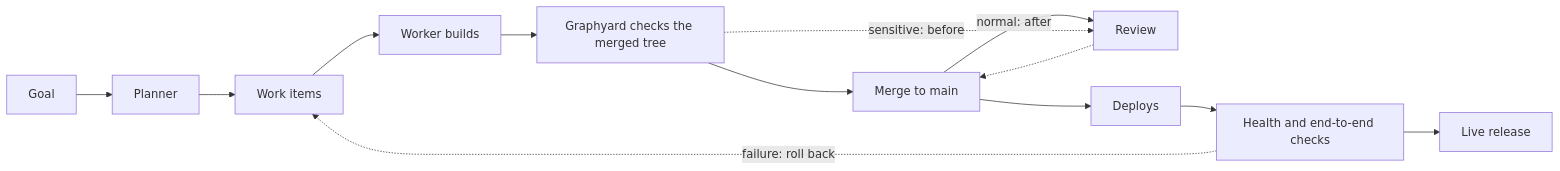
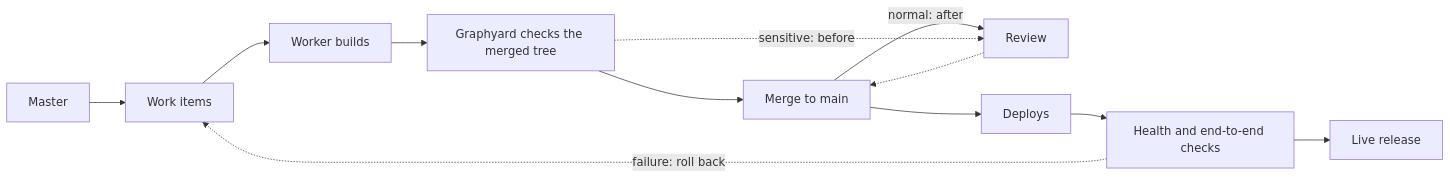
One commit to cryptob1/graphyard changed the diagram in README.md. Above: the diagram before and after it, drawn with Mermaid. The commit also changed other lines of this file and 188 other files, not shown here.

````diff
--- a/README.md
+++ b/README.md
@@ -32,8 +31,8 @@
 ```mermaid
 flowchart LR
-  A[Goal] --> B[Planner] --> C[Work items] --> D[Worker builds] --> E[Graphyard checks the merged tree]
+  B[Master] --> C[Work items] --> D[Worker builds] --> E[Graphyard checks the merged tree]
   E --> F[Merge to main] -->|normal: after| G[Review]
   E -.->|sensitive: before| G -.-> F
   F --> H[Deploys] --> I[Health and end-to-end checks] --> J[Live release]
   I -.->|failure: roll back| C
 ```
````
